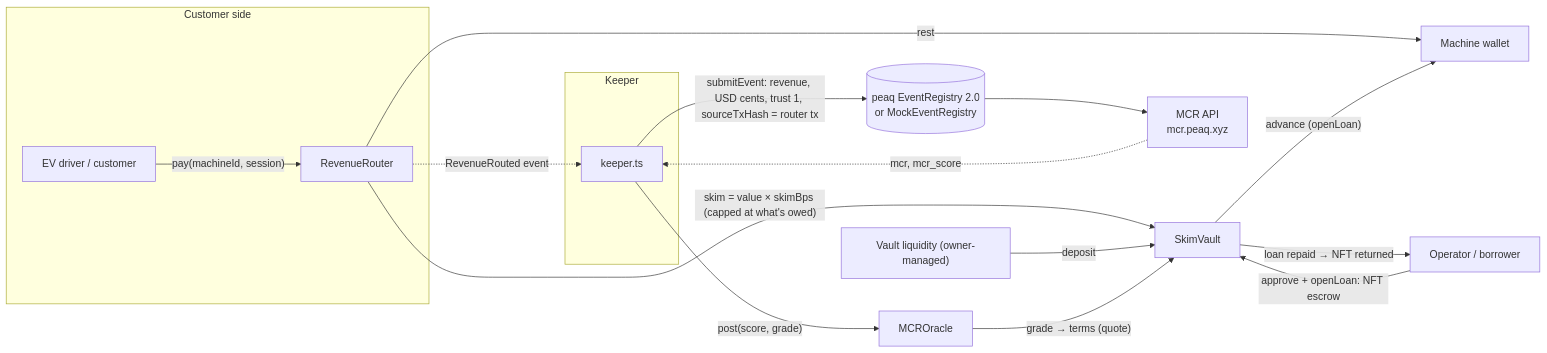
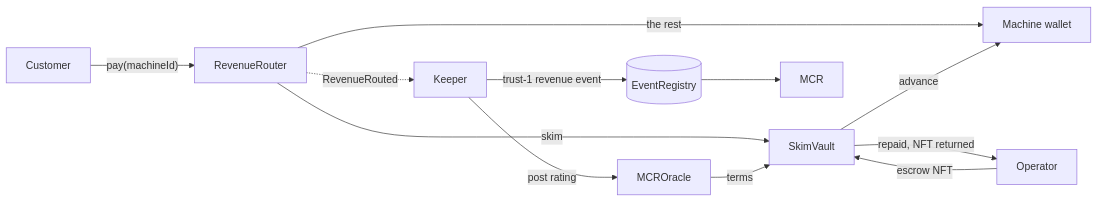
The diagram in README.md (error9098x/SKIM), drawn with Mermaid before and after one commit. The commit also changed other lines of this file and 2 other files, not shown here.

````diff
--- a/README.md
+++ b/README.md
@@ -126,22 +19,14 @@
 ```mermaid
 flowchart LR
-  subgraph Customer side
-    D[EV driver / customer] -- "pay(machineId, session)" --> R[RevenueRouter]
-  end
-  R -- "skim = value × skimBps (capped at what's owed)" --> V[SkimVault]
-  R -- "rest" --> W[Machine wallet]
-  V -- "advance (openLoan)" --> W
-  O[Operator / borrower] -- "approve + openLoan: NFT escrow" --> V
-  V -- "loan repaid → NFT returned" --> O
-  L["Vault liquidity (owner-managed)"] -- deposit --> V
-
-  subgraph Keeper
-    K[keeper.ts]
-  end
-  R -. "RevenueRouted event" .-> K
-  K -- "submitEvent: revenue, USD cents, trust 1, sourceTxHash = router tx" --> E[(peaq EventRegistry 2.0<br/>or MockEventRegistry)]
-  E --> M[MCR API<br/>mcr.peaq.xyz]
-  M -. "mcr, mcr_score" .-> K
-  K -- "post(score, grade)" --> MO[MCROracle]
-  MO -- "grade → terms (quote)" --> V
+  C[Customer] -- "pay(machineId)" --> R[RevenueRouter]
+  R -- "skim" --> V[SkimVault]
+  R -- "the rest" --> W[Machine wallet]
+  V -- "advance" --> W
+  O[Operator] -- "escrow NFT" --> V
+  V -- "repaid, NFT returned" --> O
+  R -. "RevenueRouted" .-> K[Keeper]
+  K -- "trust-1 revenue event" --> E[(EventRegistry)]
+  E --> M[MCR]
+  K -- "post rating" --> MO[MCROracle]
+  MO -- "terms" --> V
 ```
````
